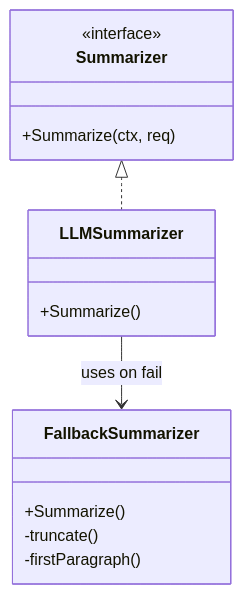
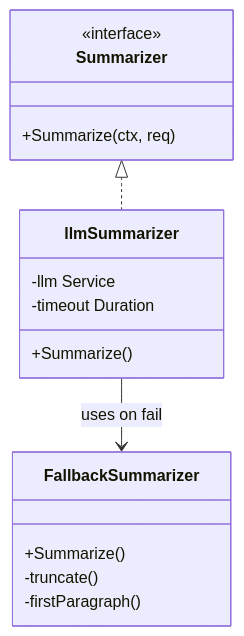
The first of 2 diagrams in ai/summary/README.md (88lin/divinesense), drawn with Mermaid before and after one commit. The commit also changed other lines of this file and 27 other files, not shown here.

````diff
--- a/ai/summary/README.md
+++ b/ai/summary/README.md
@@ -7,18 +7,20 @@
 ```mermaid
 classDiagram
     class Summarizer {
         <<interface>>
         +Summarize(ctx, req)
     }
-    class LLMSummarizer {
+    class llmSummarizer {
+        -llm Service
+        -timeout Duration
         +Summarize()
     }
     class FallbackSummarizer {
         +Summarize()
         -truncate()
         -firstParagraph()
     }
-    
-    Summarizer <|.. LLMSummarizer
-    LLMSummarizer --> FallbackSummarizer : uses on fail
+
+    Summarizer <|.. llmSummarizer
+    llmSummarizer --> FallbackSummarizer : uses on fail
 ```
````
